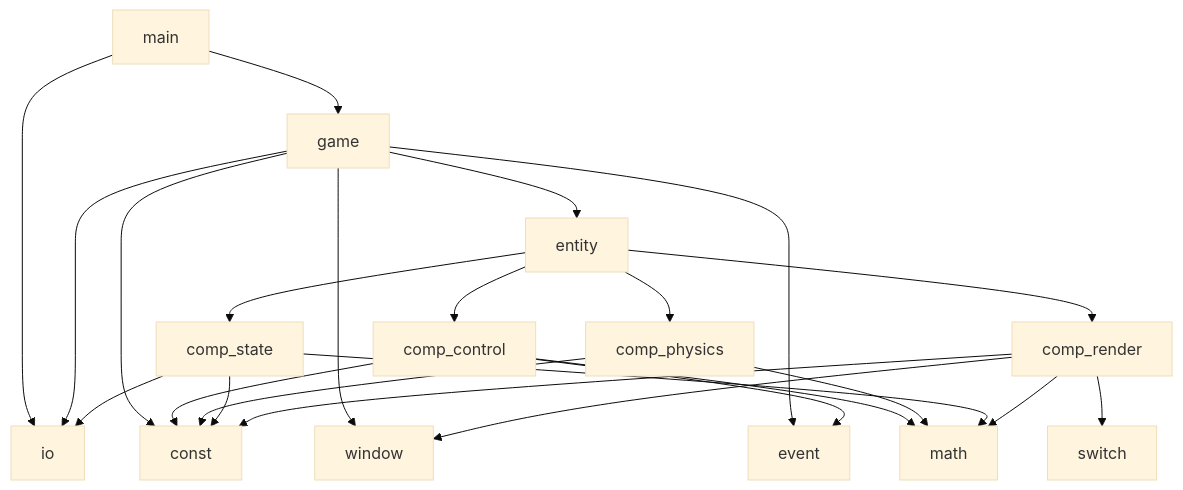
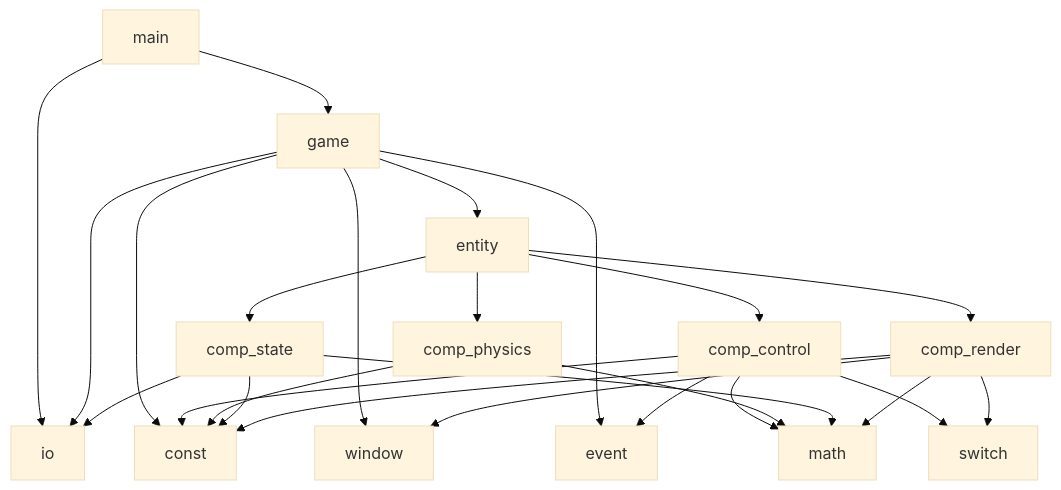
The first of 3 diagrams in README.md (dtldyg/physics-sync-demo), drawn with Mermaid (base theme) before and after one commit. The commit also changed 5 other files, not shown here.

````diff
--- a/README.md
+++ b/README.md
@@ -20,32 +20,33 @@
 ```mermaid
 graph TD
      main --> io
      main --> game
 
      game --> const
      game --> io
      game --> window
      game --> event
      game --> entity
 
      entity --> comp_control
      entity --> comp_physics
      entity --> comp_state
      entity --> comp_render
 
      comp_control --> event
      comp_control --> math
      comp_control --> const
+     comp_control --> switch
 
      comp_physics --> math
      comp_physics --> const
 
      comp_state --> io
      comp_state --> math
      comp_state --> const
 
      comp_render --> window
      comp_render --> math
      comp_render --> const
      comp_render --> switch
 ```
````
